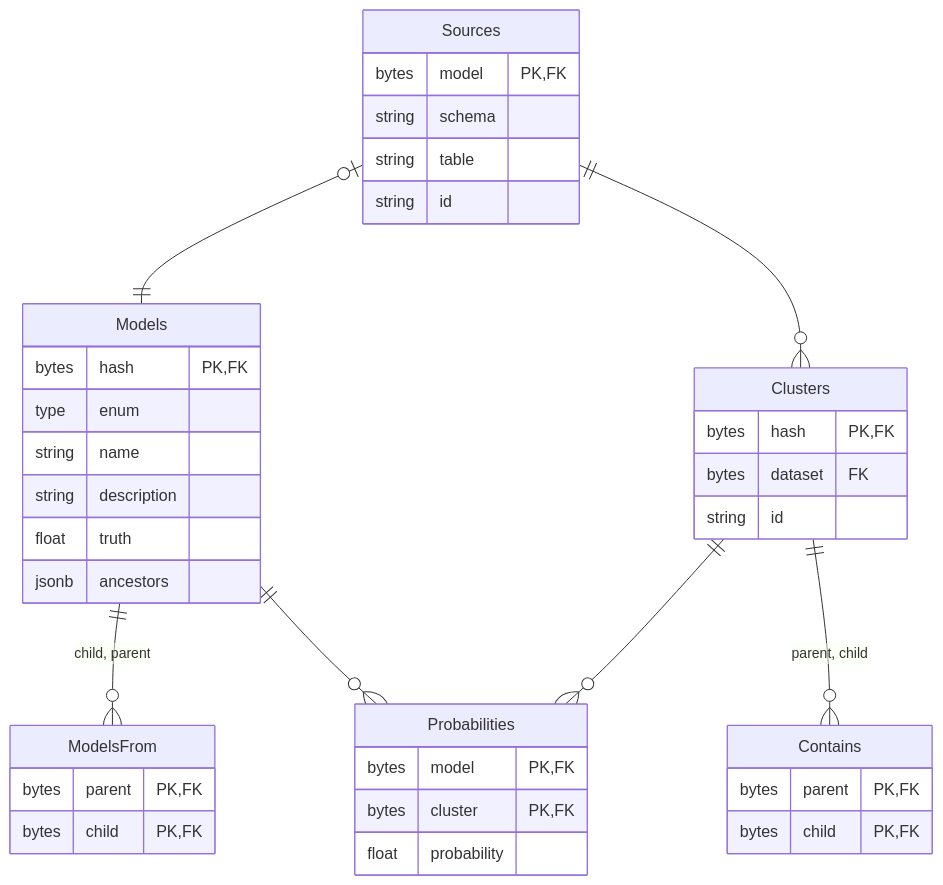
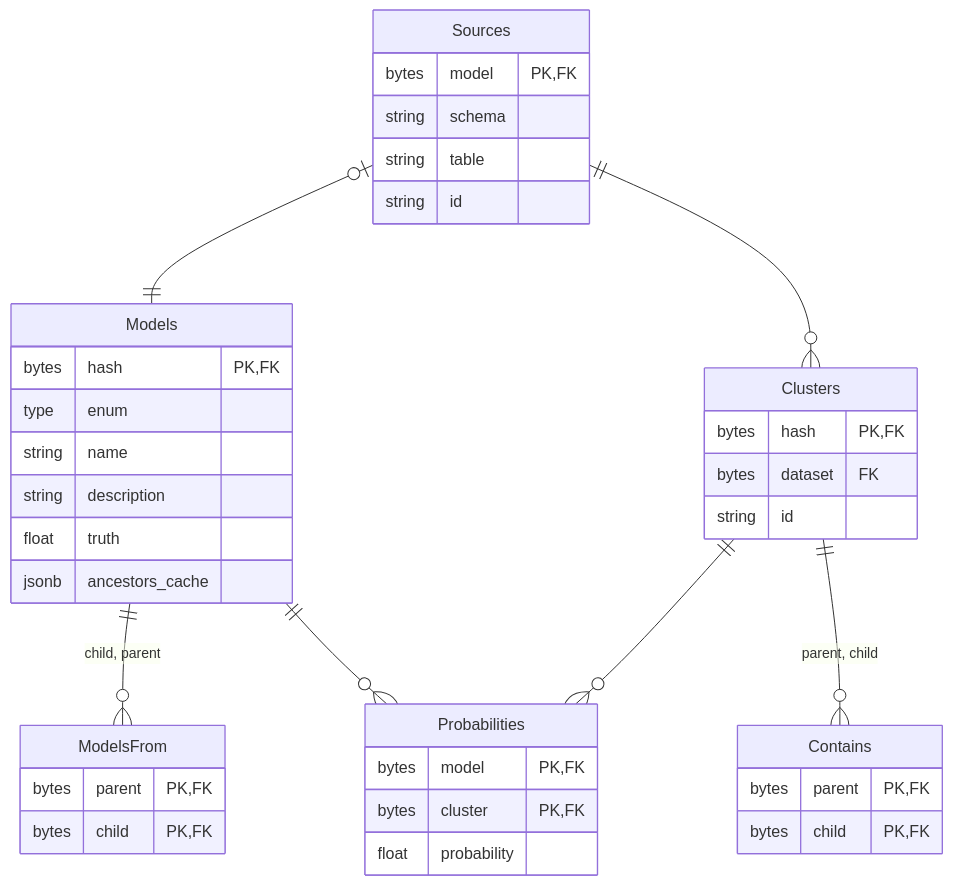
The diagram in src/matchbox/server/postgresql/README.md (will-langdale/matchbox), drawn with Mermaid before and after one commit. The commit also changed 9 other files, not shown here.

````diff
--- a/src/matchbox/server/postgresql/README.md
+++ b/src/matchbox/server/postgresql/README.md
@@ -15,42 +15,42 @@
 ```mermaid
 erDiagram
     Sources {
         bytes model PK,FK
         string schema
         string table
         string id
     }
     Clusters {
         bytes hash PK,FK
         bytes dataset FK
         string id
     }
     Contains {
         bytes parent PK,FK
         bytes child PK,FK
     }
     Probabilities {
         bytes model PK,FK
         bytes cluster PK,FK
         float probability
     }
     Models {
         bytes hash PK,FK
         type enum
         string name
         string description
         float truth
-        jsonb ancestors
+        jsonb ancestors_cache
     }
     ModelsFrom {
         bytes parent PK,FK
         bytes child PK,FK
     }
 
     Sources |o--|| Models : ""
     Sources ||--o{ Clusters : ""
     Clusters ||--o{ Contains : "parent, child"
     Clusters ||--o{ Probabilities : ""
     Models ||--o{ Probabilities : ""
     Models ||--o{ ModelsFrom : "child, parent"
 ```
````
